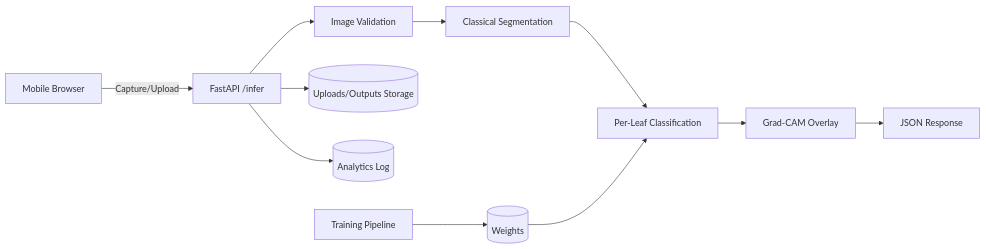
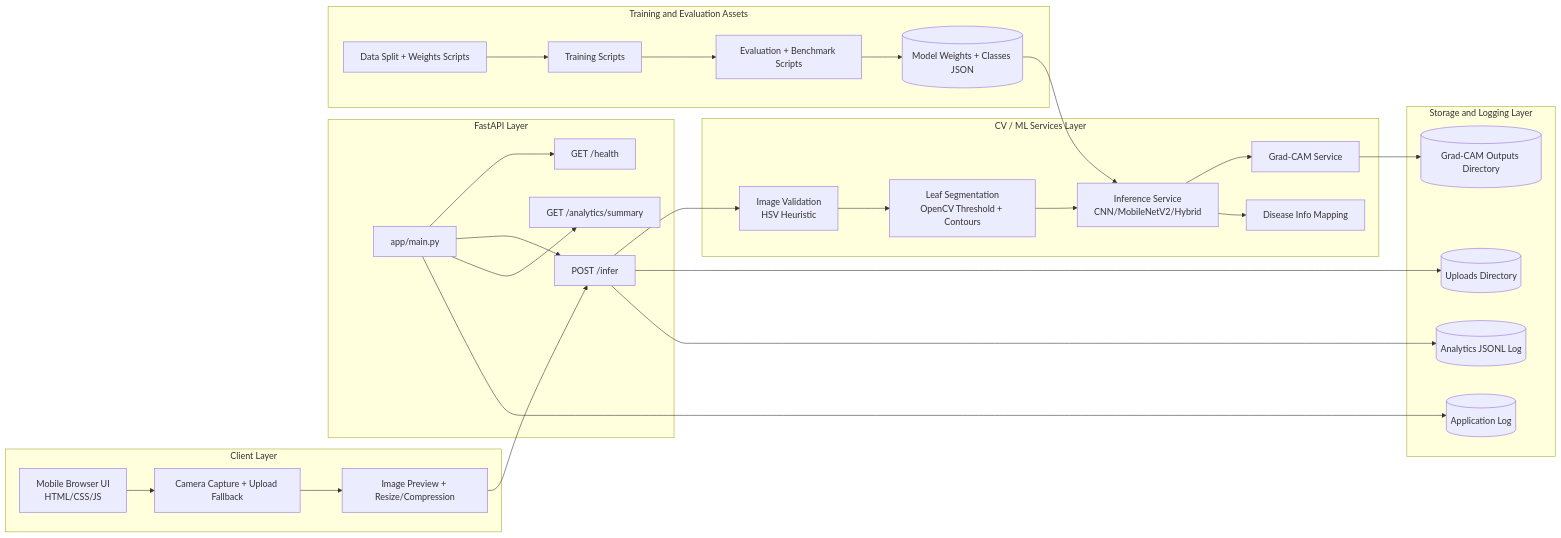
The diagram in docs/architecture/system_architecture.md (arabaya83/plant-disease-detection), drawn with Mermaid before and after one commit. The commit also changed other lines of this file and 29 other files, not shown here.

````diff
--- a/docs/architecture/system_architecture.md
+++ b/docs/architecture/system_architecture.md
@@ -10,13 +5,52 @@
 ```mermaid
 flowchart LR
-  A[Mobile Browser] -->|Capture/Upload| B[FastAPI /infer]
-  B --> C[Image Validation]
-  C --> D[Classical Segmentation]
-  D --> E[Per-Leaf Classification]
-  E --> F[Grad-CAM Overlay]
-  F --> G[JSON Response]
-  B --> H[(Uploads/Outputs Storage)]
-  B --> I[(Analytics Log)]
-  J[Training Pipeline] --> K[(Weights)]
-  K --> E
+  subgraph ClientLayer[Client Layer]
+    M1[Mobile Browser UI\nHTML/CSS/JS]
+    M2[Camera Capture + Upload Fallback]
+    M3[Image Preview + Resize/Compression]
+  end
+
+  subgraph APILayer[FastAPI Layer]
+    A0[app/main.py]
+    A1[GET /health]
+    A2[POST /infer]
+    A3[GET /analytics/summary]
+  end
+
+  subgraph CVMLLayer[CV / ML Services Layer]
+    S1[Image Validation\nHSV Heuristic]
+    S2[Leaf Segmentation\nOpenCV Threshold + Contours]
+    S3[Inference Service\nCNN/MobileNetV2/Hybrid]
+    S4[Grad-CAM Service]
+    S5[Disease Info Mapping]
+  end
+
+  subgraph StorageLayer[Storage and Logging Layer]
+    ST1[(Uploads Directory)]
+    ST2[(Grad-CAM Outputs Directory)]
+    ST3[(Analytics JSONL Log)]
+    ST4[(Application Log)]
+  end
+
+  subgraph OfflineAssets[Training and Evaluation Assets]
+    T1[Data Split + Weights Scripts]
+    T2[Training Scripts]
+    T3[Evaluation + Benchmark Scripts]
+    T4[(Model Weights + Classes JSON)]
+  end
+
+  M1 --> M2 --> M3 --> A2
+  A0 --> A1
+  A0 --> A2
+  A0 --> A3
+
+  A2 --> S1 --> S2 --> S3 --> S4
+  S3 --> S5
+
+  A2 --> ST1
+  S4 --> ST2
+  A2 --> ST3
+  A0 --> ST4
+
+  T1 --> T2 --> T3 --> T4 --> S3
 ```
````
